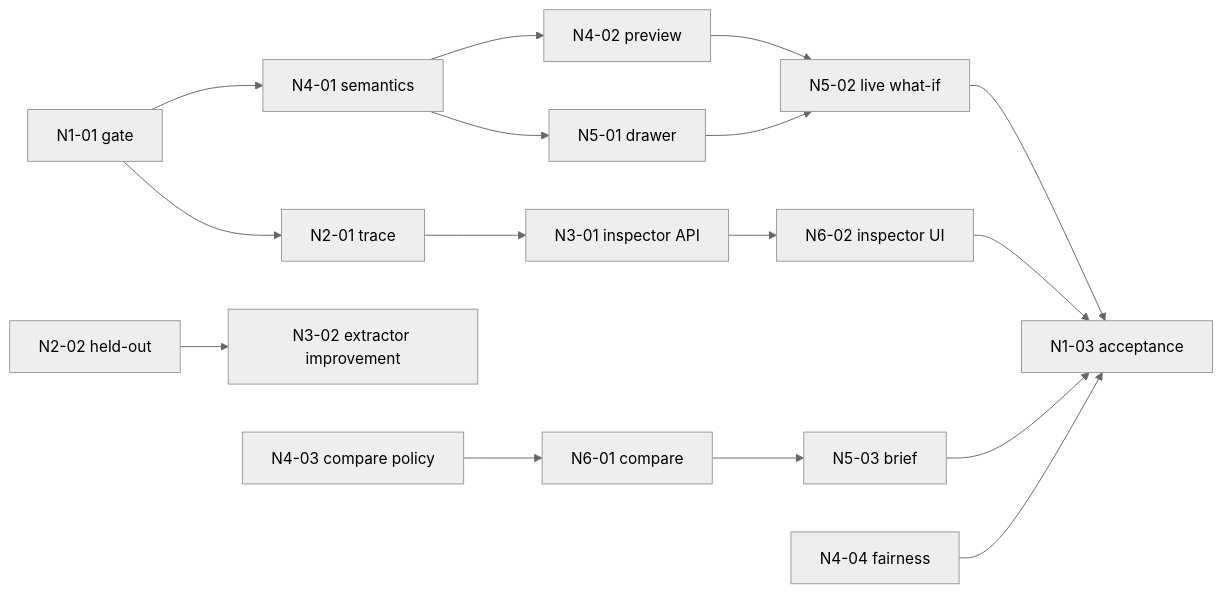
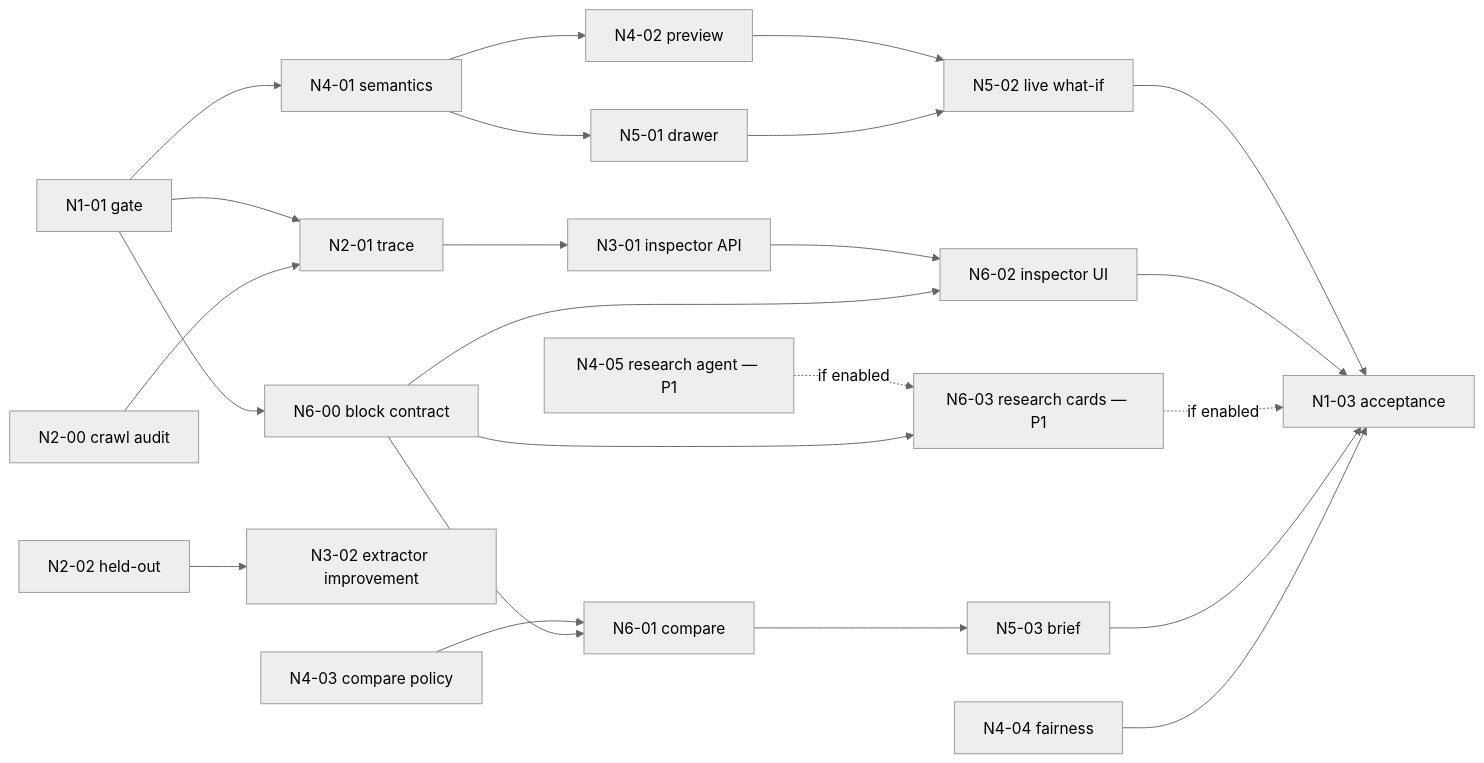
One commit to MRXz194/TitanHack_Careercompass changed the diagram in docs/next/TASKS.md. Above: the diagram before and after it, drawn with Mermaid (neutral theme). The commit also changed other lines of this file and 5 other files, not shown here.

````diff
--- a/docs/next/TASKS.md
+++ b/docs/next/TASKS.md
@@ -194,15 +250,22 @@
 ```mermaid
 flowchart LR
     N101["N1-01 gate"] --> N201["N2-01 trace"]
+    N200["N2-00 crawl audit"] --> N201
     N101 --> N401["N4-01 semantics"]
+    N101 --> N600["N6-00 block contract"]
     N201 --> N301["N3-01 inspector API"] --> N602["N6-02 inspector UI"]
     N202["N2-02 held-out"] --> N302["N3-02 extractor improvement"]
     N401 --> N402["N4-02 preview"] --> N502["N5-02 live what-if"]
     N401 --> N501["N5-01 drawer"] --> N502
     N403["N4-03 compare policy"] --> N601["N6-01 compare"]
+    N600 --> N601
+    N600 --> N602
+    N405["N4-05 research agent — P1"] -. "if enabled" .-> N603["N6-03 research cards — P1"]
+    N600 --> N603
     N601 --> N503["N5-03 brief"]
     N502 --> N104["N1-03 acceptance"]
     N602 --> N104
+    N603 -. "if enabled" .-> N104
     N503 --> N104
     N404["N4-04 fairness"] --> N104
 ```
````
